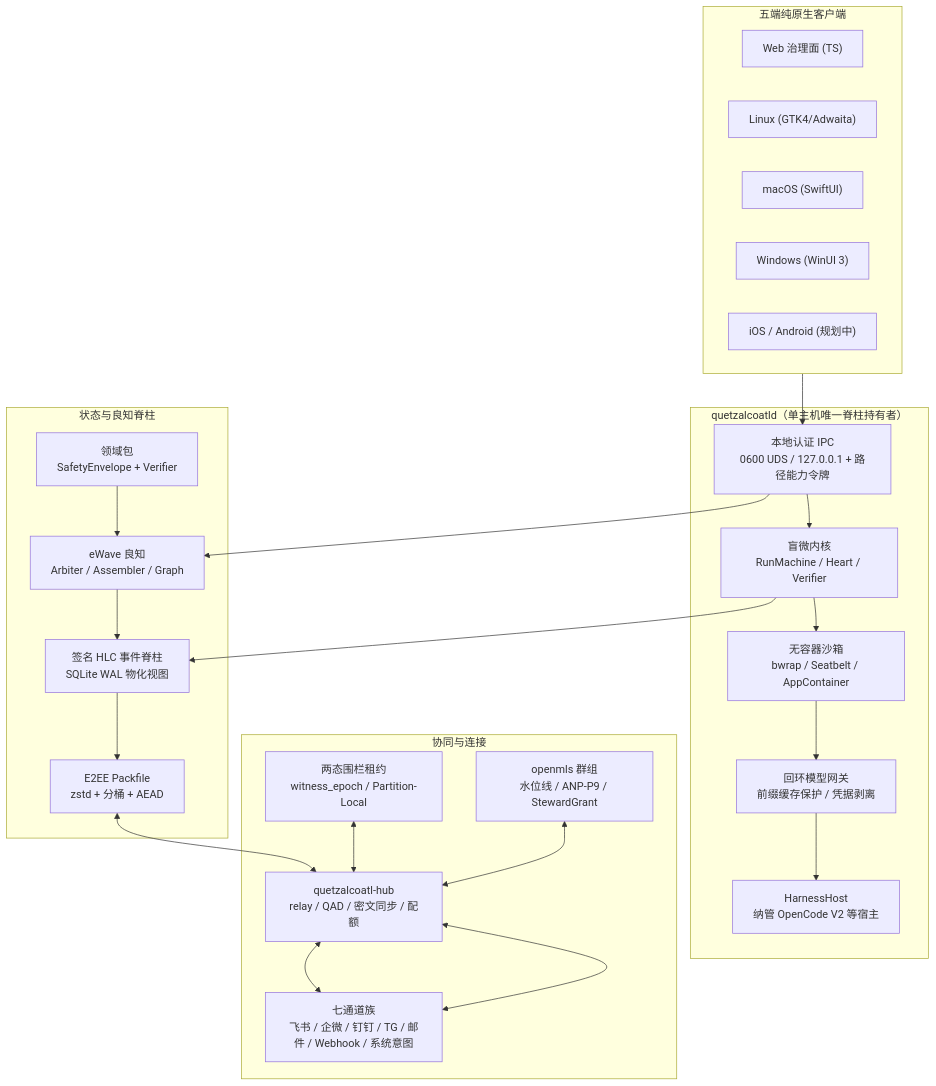
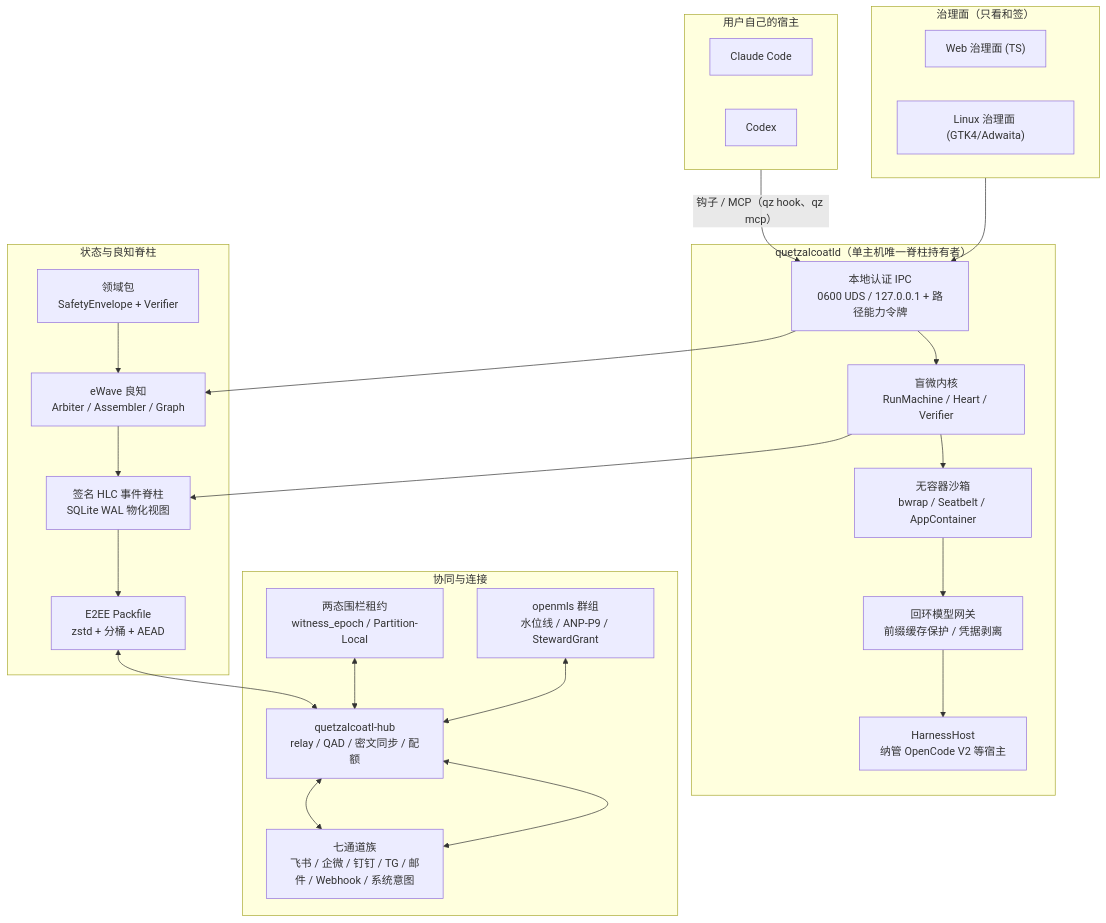
Before and after one commit to PlutoKeating/Project.Quetzal: the diagram in README.md, drawn with Mermaid. The commit also changed other lines of this file, not shown here.

````diff
--- a/README.md
+++ b/README.md
@@ -58,48 +69,51 @@
 ```mermaid
 flowchart TB
-  subgraph Clients["五端纯原生客户端"]
+  subgraph Hosts["用户自己的宿主"]
+    CC["Claude Code"]
+    Codex["Codex"]
+  end
+
+  subgraph Clients["治理面（只看和签）"]
     Web["Web 治理面 (TS)"]
-    Linux["Linux (GTK4/Adwaita)"]
-    Mac["macOS (SwiftUI)"]
-    Win["Windows (WinUI 3)"]
-    Mobile["iOS / Android (规划中)"]
+    Linux["Linux 治理面 (GTK4/Adwaita)"]
   end
 
   subgraph Daemon["quetzalcoatld（单主机唯一脊柱持有者）"]
     IPC["本地认证 IPC<br/>0600 UDS / 127.0.0.1 + 路径能力令牌"]
     GW["回环模型网关<br/>前缀缓存保护 / 凭据剥离"]
     Harness["HarnessHost<br/>纳管 OpenCode V2 等宿主"]
     Kernel["盲微内核<br/>RunMachine / Heart / Verifier"]
     Sandbox["无容器沙箱<br/>bwrap / Seatbelt / AppContainer"]
   end
 
   subgraph Core["状态与良知脊柱"]
     Spine["签名 HLC 事件脊柱<br/>SQLite WAL 物化视图"]
     Packs["E2EE Packfile<br/>zstd + 分桶 + AEAD"]
     Ewave["eWave 良知<br/>Arbiter / Assembler / Graph"]
     Domains["领域包<br/>SafetyEnvelope + Verifier"]
   end
 
   subgraph Fabric["协同与连接"]
     Hub["quetzalcoatl-hub<br/>relay / QAD / 密文同步 / 配额"]
     Lease["两态围栏租约<br/>witness_epoch / Partition-Local"]
     Group["openmls 群组<br/>水位线 / ANP-P9 / StewardGrant"]
     Channels["七通道族<br/>飞书 / 企微 / 钉钉 / TG / 邮件 / Webhook / 系统意图"]
   end
 
+  Hosts -- "钩子 / MCP（qz hook、qz mcp）" --> IPC
   Clients --> IPC
   IPC --> Kernel
   IPC --> Ewave
   Kernel --> Sandbox
   Kernel --> Spine
   Sandbox --> GW
   GW --> Harness
   Ewave --> Spine
   Spine --> Packs
   Domains --> Ewave
   Packs <--> Hub
   Lease <--> Hub
   Group <--> Hub
   Channels <--> Hub
   Hub <--> Channels
 ```
````
